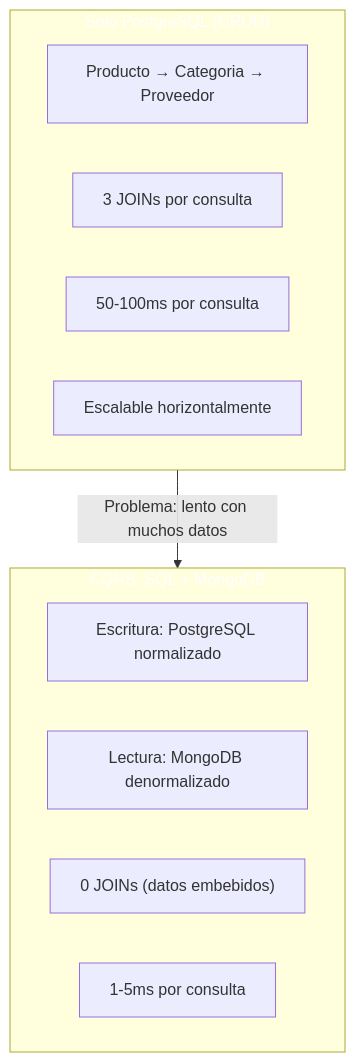
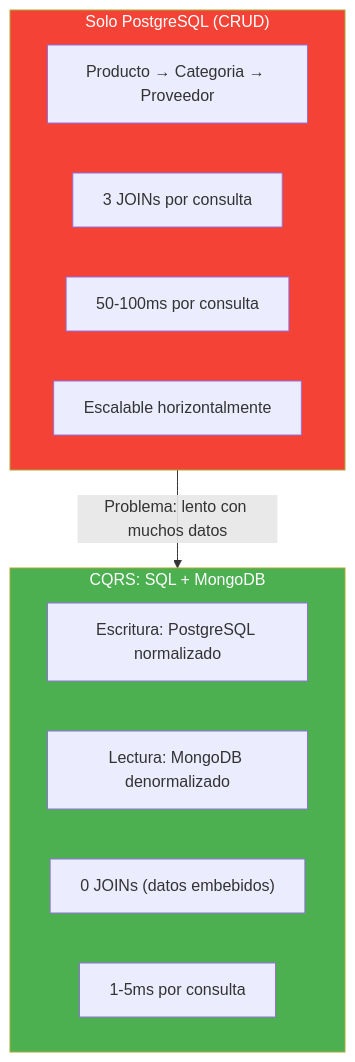
One commit to joseluisgs/DesarrolloWebEntornosServidor-02-2026-2027 changed the fifth of 24 diagrams in 30-cqrs-mediator.md. Above: the diagram before and after it, drawn with Mermaid. The commit also changed other lines of this file and 29 other files, not shown here.

Commit message:
docs: corregir estilos Mermaid y estilo, quitar referencias a la Tienda y reestructurar los retos 13 y 15

````diff
--- a/30-cqrs-mediator.md
+++ b/30-cqrs-mediator.md
@@ -340,21 +340,21 @@
 ```mermaid
 flowchart TD
     subgraph SOLO_SQL["Solo PostgreSQL (CRUD)"]
         S1["Producto → Categoria → Proveedor"]
         S2["3 JOINs por consulta"]
         S3["50-100ms por consulta"]
         S4["Escalable horizontalmente"]
     end
 
     subgraph CQRS["CQRS: SQL + MongoDB"]
         C1["Escritura: PostgreSQL normalizado"]
         C2["Lectura: MongoDB denormalizado"]
         C3["0 JOINs (datos embebidos)"]
         C4["1-5ms por consulta"]
     end
 
     SOLO_SQL -->|"Problema: lento con muchos datos"| CQRS
 
-    style SOLO_SQL fill:#f4433,color:#fff6,color:#fff
-    style CQRS fill:#4CAF5,color:#fff0,color:#fff
+    style SOLO_SQL fill:#f44336,color:#fff
+    style CQRS fill:#4CAF50,color:#fff
 ```
````
